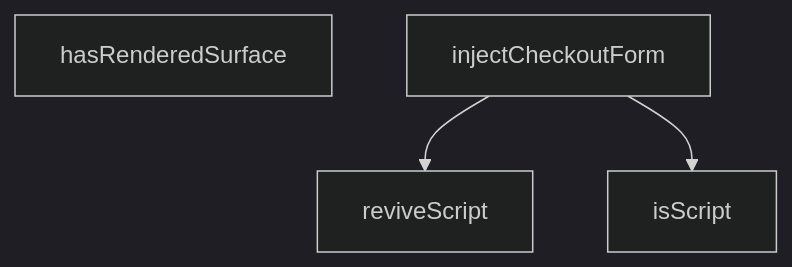
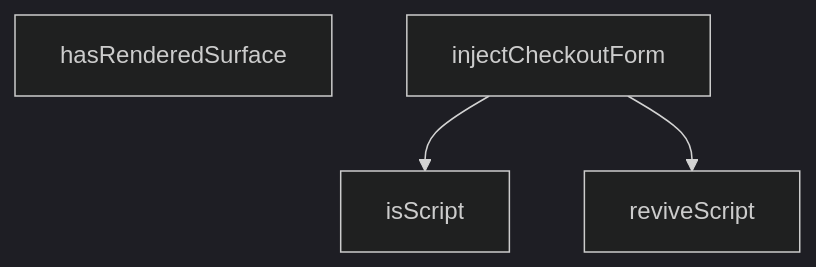
The diagram in src/views/checkout/injectCheckoutForm.md (peckop/venthub-hvac-esite), drawn with Mermaid (dark theme) before and after one commit. The commit also changed other lines of this file and 105 other files, not shown here.

````diff
--- a/src/views/checkout/injectCheckoutForm.md
+++ b/src/views/checkout/injectCheckoutForm.md
@@ -118,9 +85,9 @@
 ```mermaid
 graph TD
     injectCheckoutForm_ts__hasRenderedSurface["hasRenderedSurface"]
     injectCheckoutForm_ts__injectCheckoutForm["injectCheckoutForm"]
     injectCheckoutForm_ts__isScript["isScript"]
     injectCheckoutForm_ts__reviveScript["reviveScript"]
+    injectCheckoutForm_ts__injectCheckoutForm --> injectCheckoutForm_ts__isScript
     injectCheckoutForm_ts__injectCheckoutForm --> injectCheckoutForm_ts__reviveScript
-    injectCheckoutForm_ts__injectCheckoutForm --> injectCheckoutForm_ts__isScript
 ```
````
